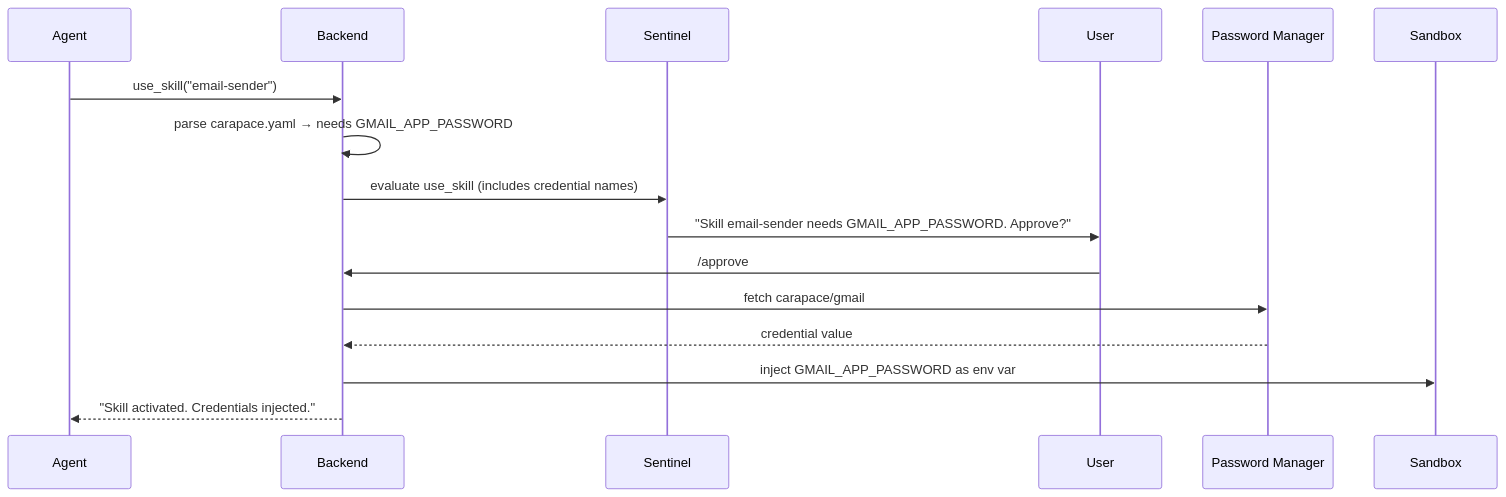
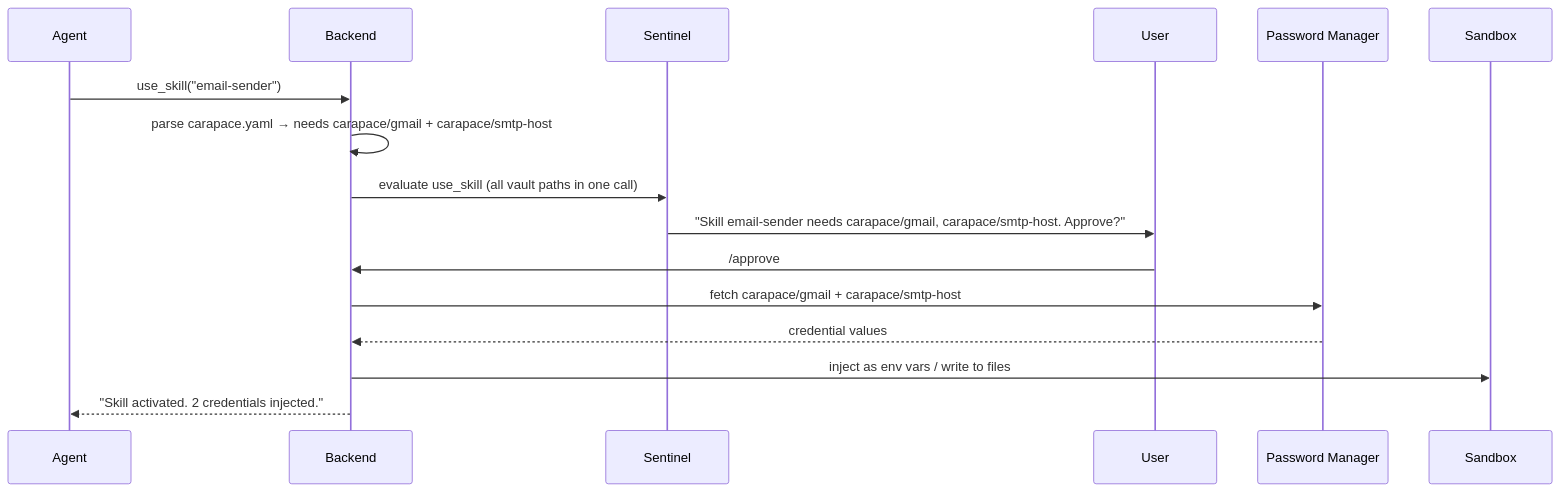
Before and after one commit to thiesgerken/carapace: the first of 2 diagrams in docs/plans/credentials.md, drawn with Mermaid. The commit also changed other lines of this file and 3 other files, not shown here.

First line of the commit message:
📝 docs: rewrite credential management plan + update skill persistence refs

````diff
--- a/docs/plans/credentials.md
+++ b/docs/plans/credentials.md
@@ -87,20 +98,20 @@
 ```mermaid
 sequenceDiagram
     participant Agent
     participant Backend
     participant Sentinel
     participant User
     participant Vault as Password Manager
     participant Sandbox
 
     Agent->>Backend: use_skill("email-sender")
-    Backend->>Backend: parse carapace.yaml → needs GMAIL_APP_PASSWORD
-    Backend->>Sentinel: evaluate use_skill (includes credential names)
-    Sentinel->>User: "Skill email-sender needs GMAIL_APP_PASSWORD. Approve?"
+    Backend->>Backend: parse carapace.yaml → needs carapace/gmail + carapace/smtp-host
+    Backend->>Sentinel: evaluate use_skill (all vault paths in one call)
+    Sentinel->>User: "Skill email-sender needs carapace/gmail, carapace/smtp-host. Approve?"
     User->>Backend: /approve
 
-    Backend->>Vault: fetch carapace/gmail
-    Vault-->>Backend: credential value
-    Backend->>Sandbox: inject GMAIL_APP_PASSWORD as env var
-    Backend-->>Agent: "Skill activated. Credentials injected."
+    Backend->>Vault: fetch carapace/gmail + carapace/smtp-host
+    Vault-->>Backend: credential values
+    Backend->>Sandbox: inject as env vars / write to files
+    Backend-->>Agent: "Skill activated. 2 credentials injected."
 ```
````
